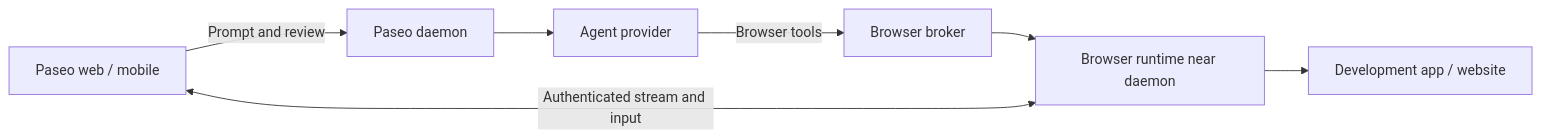
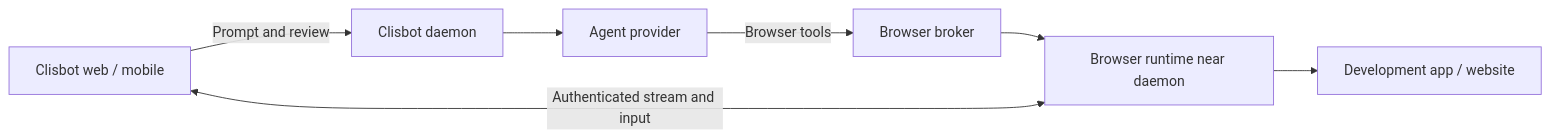
The diagram in docs/audit/browser/2026-09-06-integrated-browser-research.md (longbkit/clisbot), drawn with Mermaid before and after one commit. The commit also changed other lines of this file and 3509 other files, not shown here.

````diff
--- a/docs/audit/browser/2026-09-06-integrated-browser-research.md
+++ b/docs/audit/browser/2026-09-06-integrated-browser-research.md
@@ -225,9 +225,9 @@
 ```mermaid
 flowchart LR
-    U["Paseo web / mobile"] -->|"Prompt and review"| D["Paseo daemon"]
+    U["Clisbot web / mobile"] -->|"Prompt and review"| D["Clisbot daemon"]
     D --> A["Agent provider"]
     A -->|"Browser tools"| B["Browser broker"]
     B --> R["Browser runtime near daemon"]
     R --> W["Development app / website"]
     U <-->|"Authenticated stream and input"| R
 ```
````
